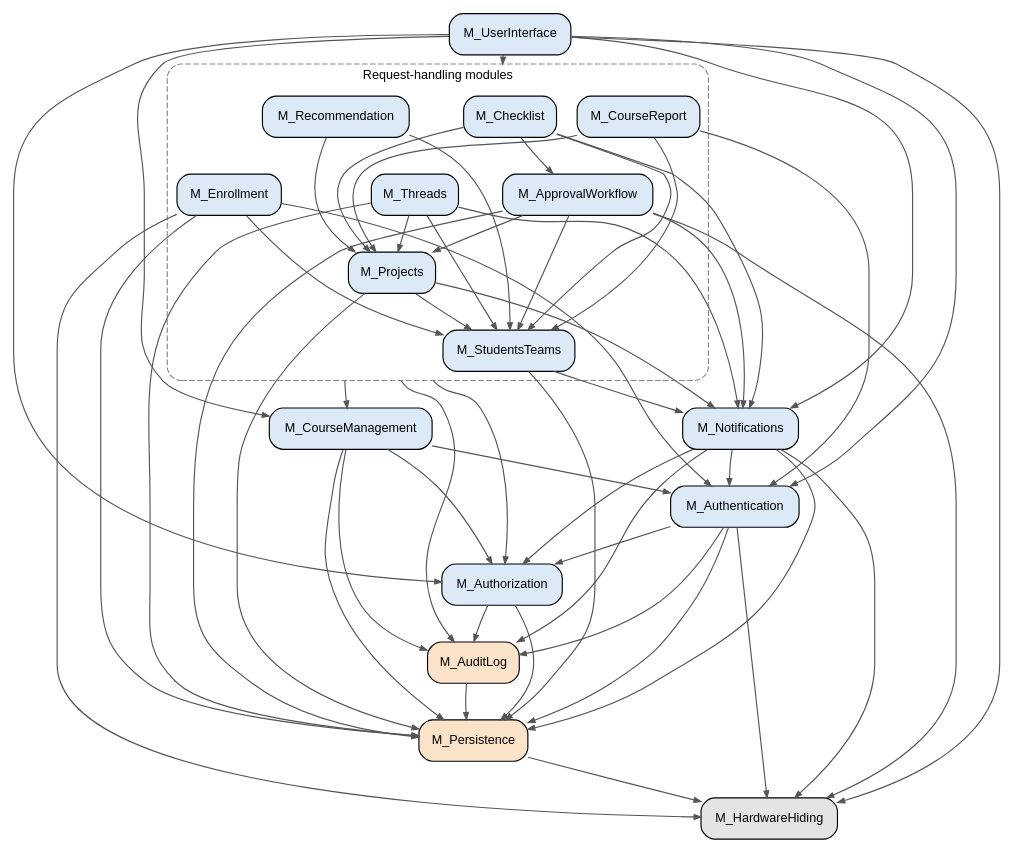
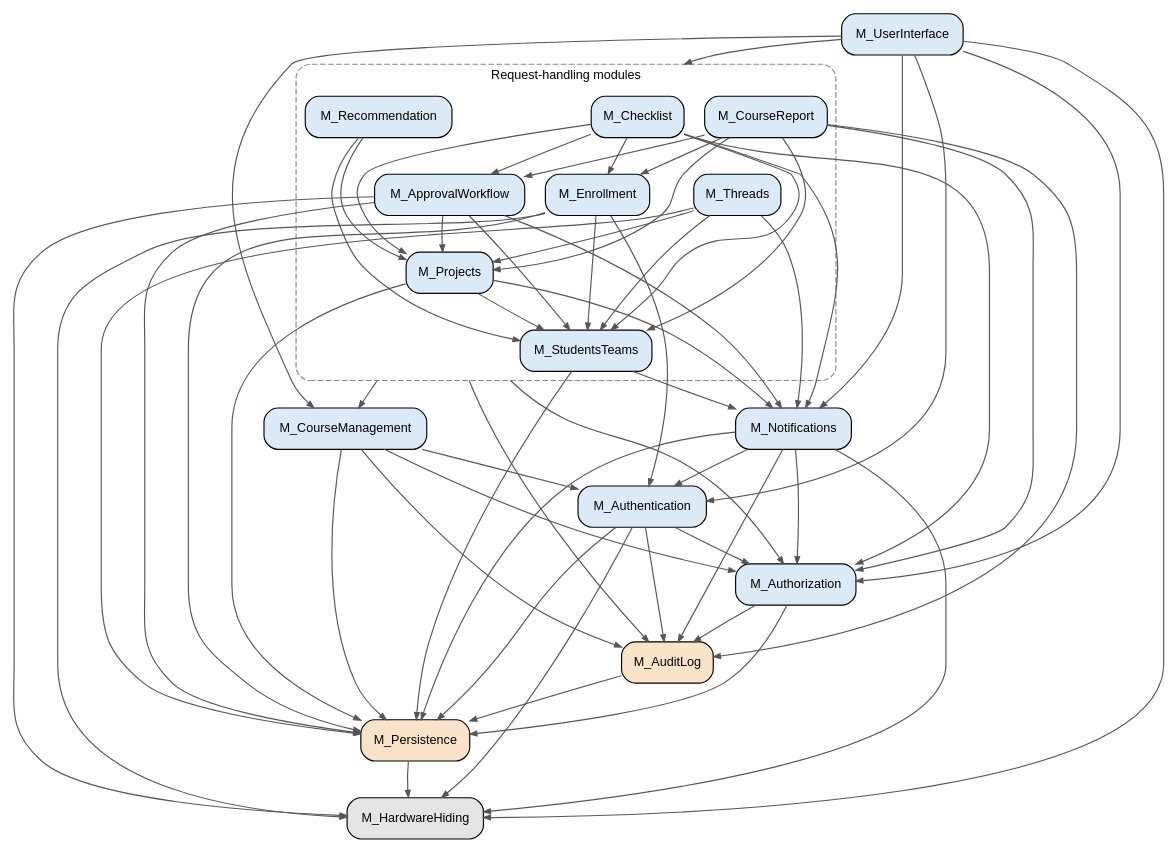
One commit to Ayushpatel2026/Keystone changed the diagram in docs/Design/SoftArchitecture/UsesHierarchy.dot. Above: the diagram before and after it, drawn with Graphviz. The commit also changed 2 other files, not shown here.

```diff
--- a/docs/Design/SoftArchitecture/UsesHierarchy.dot
+++ b/docs/Design/SoftArchitecture/UsesHierarchy.dot
@@ -1,107 +1,107 @@
 // Uses hierarchy for the Keystone Module Guide (MG.tex, Section "Use Hierarchy
 // Between Modules").
 //
 // An arrow A -> B means "A uses B": A needs a correct B to do its job.
 // Arrows point down. Graphviz works out the layers on its own.
 //
 // The build renders this file to UsesHierarchy.pdf and fails if the graph has
 // a cycle. Preview locally:  dot -Tpdf UsesHierarchy.dot -o UsesHierarchy.pdf
 
 digraph UsesHierarchy {
   compound = true;     // lets an arrow start or end at a box (cluster)
   newrank = true;
   rankdir = TB;
   nodesep = 0.25;
   ranksep = 0.45;
   node [shape = box, style = "rounded,filled", fontname = "Helvetica", fontsize = 11];
   edge [arrowsize = 0.6, color = "#555555"];
 
   // ---------- Modules ----------
   // List each module once, after the colour for its type.
 
   // Behaviour-Hiding
   node [fillcolor = "#dce9f7"];
   M_UserInterface; M_Authentication; M_Authorization; M_CourseManagement;
   M_Notifications;
 
   // Request-handling modules (also Behaviour-Hiding). Every module in this box
   // uses the three modules the box's outgoing arrows point to.
   subgraph cluster_features {
     label = "Request-handling modules";
     fontname = "Helvetica"; fontsize = 11;
     style = "rounded,dashed"; color = "#888888";
 
     M_Projects; M_StudentsTeams; M_Recommendation; M_ApprovalWorkflow;
     M_Threads; M_Checklist; M_CourseReport; M_Enrollment;
   }
 
   // Software Decision
   node [fillcolor = "#fbe3c9"];
   M_Persistence; M_AuditLog;
 
   // Hardware-Hiding
   node [fillcolor = "#e4e4e4"];
   M_HardwareHiding;
 
   // ---------- Uses ----------
   // One line per module, listing the modules it uses:
   //   M_A -> { M_B M_C };
 
   M_UserInterface    -> { M_Authentication M_Authorization M_CourseManagement
                           M_HardwareHiding M_Notifications };
   // Into the box: M_UserInterface uses every request-handling module.
   M_UserInterface    -> M_Checklist [lhead = cluster_features];
 
   // Out of the box: every request-handling module uses these.
   M_Projects -> M_Authorization    [ltail = cluster_features];
   M_Projects -> M_CourseManagement [ltail = cluster_features];
   M_Projects -> M_AuditLog         [ltail = cluster_features];
 
   // Request-handling modules, beyond the shared uses above. Only modules that
   // keep their own records use M_Persistence; the others read records through
   // the modules that own them.
   M_Projects          -> { M_StudentsTeams M_Notifications M_Persistence };
   M_StudentsTeams     -> { M_Notifications M_Persistence };
   M_Recommendation    -> { M_StudentsTeams M_Projects };
   M_ApprovalWorkflow  -> { M_Projects M_StudentsTeams M_Notifications
                            M_Persistence M_HardwareHiding };
   M_Threads           -> { M_Projects M_StudentsTeams M_Notifications M_Persistence };
   M_Checklist         -> { M_Projects M_StudentsTeams M_ApprovalWorkflow
-                           M_Notifications };
-  M_CourseReport      -> { M_Projects M_StudentsTeams M_Authentication };
+                           M_Notifications M_Authorization M_Enrollment };
+  M_CourseReport      -> { M_Projects M_StudentsTeams M_Authorization M_Enrollment M_ApprovalWorkflow M_AuditLog };
   M_Enrollment        -> { M_StudentsTeams M_Persistence M_HardwareHiding
                            M_Authentication };
 
   // Other modules.
   M_Authentication    -> { M_Authorization M_AuditLog M_Persistence
                            M_HardwareHiding };
   M_Authorization     -> { M_AuditLog M_Persistence };
   M_CourseManagement  -> { M_Authentication M_Authorization M_AuditLog
                            M_Persistence };
   M_Notifications     -> { M_Authentication M_Authorization M_AuditLog
                            M_Persistence M_HardwareHiding };
 
   M_AuditLog      -> { M_Persistence };
   M_Persistence   -> { M_HardwareHiding };
 
   // ---------- Layout only (no effect on the uses relation) ----------
   // Rows, top to bottom. Keep each row to about four modules, and put every
   // module in a row below all the modules that use it, so arrows point down.
   // The invisible arrows keep the rows in this order.
   { rank = same; M_UserInterface; }
   { rank = same; M_Checklist; M_Recommendation; M_CourseReport; }
   { rank = same; M_ApprovalWorkflow; M_Threads; M_Enrollment; }
   { rank = same; M_Projects; }
   { rank = same; M_StudentsTeams; }
   { rank = same; M_Notifications; M_CourseManagement; }
   { rank = same; M_Authentication; }
   { rank = same; M_Authorization; }
   { rank = same; M_AuditLog; }
   { rank = same; M_Persistence; }
   { rank = same; M_HardwareHiding; }
 
   M_UserInterface -> M_Checklist -> M_ApprovalWorkflow -> M_Projects
     -> M_StudentsTeams -> M_Notifications -> M_Authentication
     -> M_Authorization -> M_AuditLog -> M_Persistence -> M_HardwareHiding
     [style = invis];
 }
```
